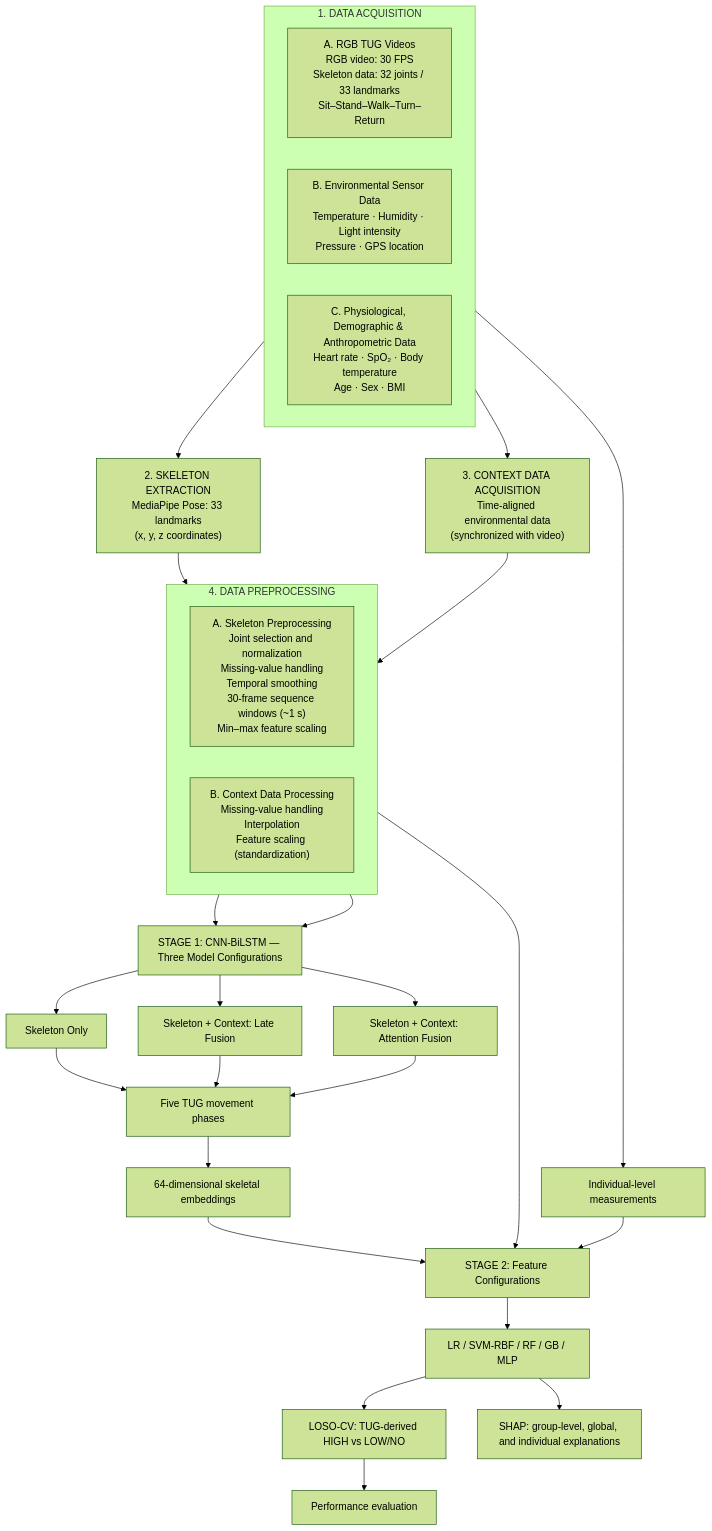
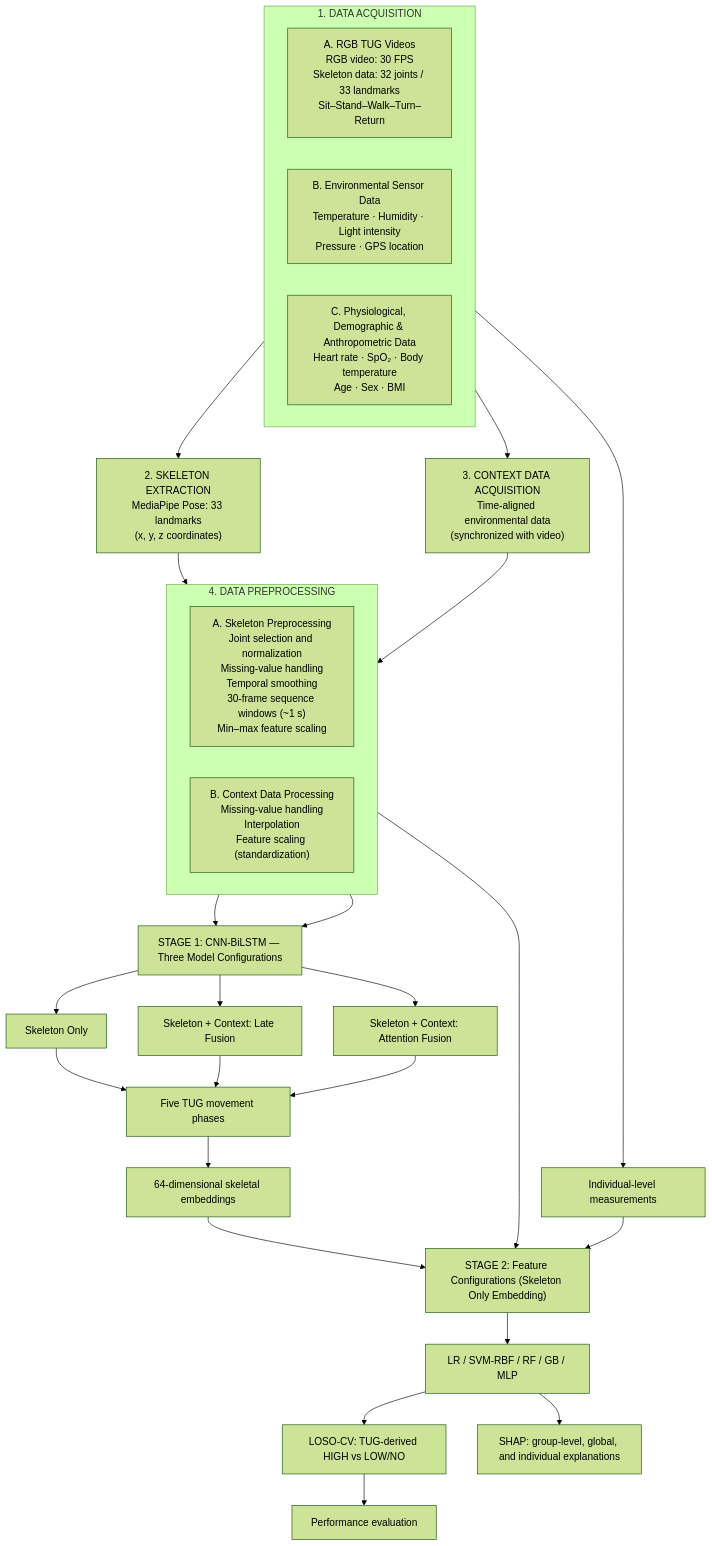
Before and after one commit to yudhiardiyanto/TUGT-CONTEXTAWARE-CNN-BiLSTM: the diagram in README.md, drawn with Mermaid (forest theme).

````diff
--- a/README.md
+++ b/README.md
@@ -13,39 +13,39 @@
 ```mermaid
 flowchart TD
     subgraph ACQ["1. DATA ACQUISITION"]
         direction LR
         A1["A. RGB TUG Videos<br/>RGB video: 30 FPS<br/>Skeleton data: 32 joints / 33 landmarks<br/>Sit–Stand–Walk–Turn–Return"]
         A2["B. Environmental Sensor Data<br/>Temperature · Humidity · Light intensity<br/>Pressure · GPS location"]
         A3["C. Physiological, Demographic & Anthropometric Data<br/>Heart rate · SpO₂ · Body temperature<br/>Age · Sex · BMI"]
     end
 
     A1 --> EX["2. SKELETON EXTRACTION<br/>MediaPipe Pose: 33 landmarks<br/>(x, y, z coordinates)"]
     A2 --> CTX["3. CONTEXT DATA ACQUISITION<br/>Time-aligned environmental data<br/>(synchronized with video)"]
     A3 --> IND["Individual-level measurements"]
 
     subgraph PRE["4. DATA PREPROCESSING"]
         direction LR
         P1["A. Skeleton Preprocessing<br/>Joint selection and normalization<br/>Missing-value handling<br/>Temporal smoothing<br/>30-frame sequence windows (~1 s)<br/>Min–max feature scaling"]
         P2["B. Context Data Processing<br/>Missing-value handling<br/>Interpolation<br/>Feature scaling (standardization)"]
     end
     EX --> P1
     CTX --> P2
 
     P1 --> C["STAGE 1: CNN-BiLSTM — Three Model Configurations"]
     P2 --> C
     C --> C1["Skeleton Only"]
     C --> C2["Skeleton + Context: Late Fusion"]
     C --> C3["Skeleton + Context: Attention Fusion"]
     C1 --> D["Five TUG movement phases"]
     C2 --> D
     C3 --> D
     D --> E["64-dimensional skeletal embeddings"]
 
-    E --> H["STAGE 2: Feature Configurations"]
+    E --> H["STAGE 2: Feature Configurations (Skeleton Only Embedding)"]
     P2 --> H
     IND --> H
     H --> I["LR / SVM-RBF / RF / GB / MLP"]
     I --> J["LOSO-CV: TUG-derived HIGH vs LOW/NO"]
     J --> K["Performance evaluation"]
     I --> L["SHAP: group-level, global, and individual explanations"]
 ```
````
